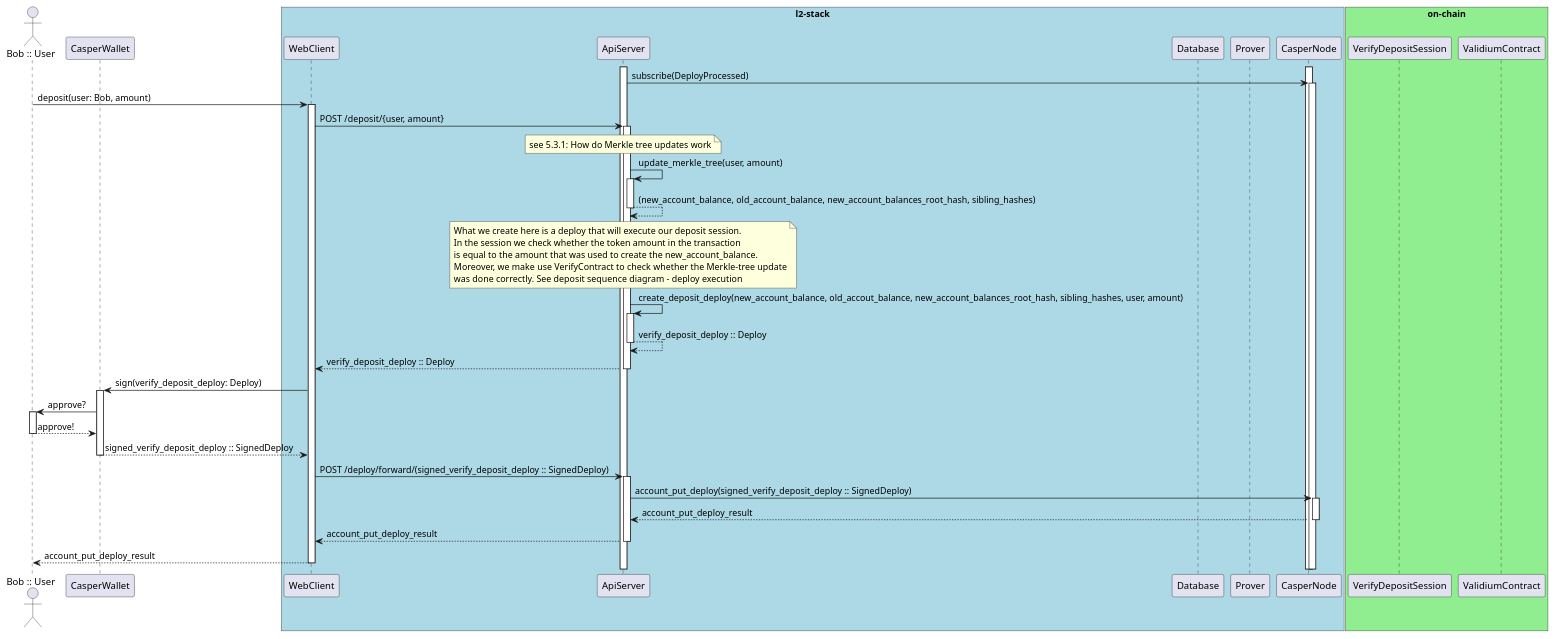
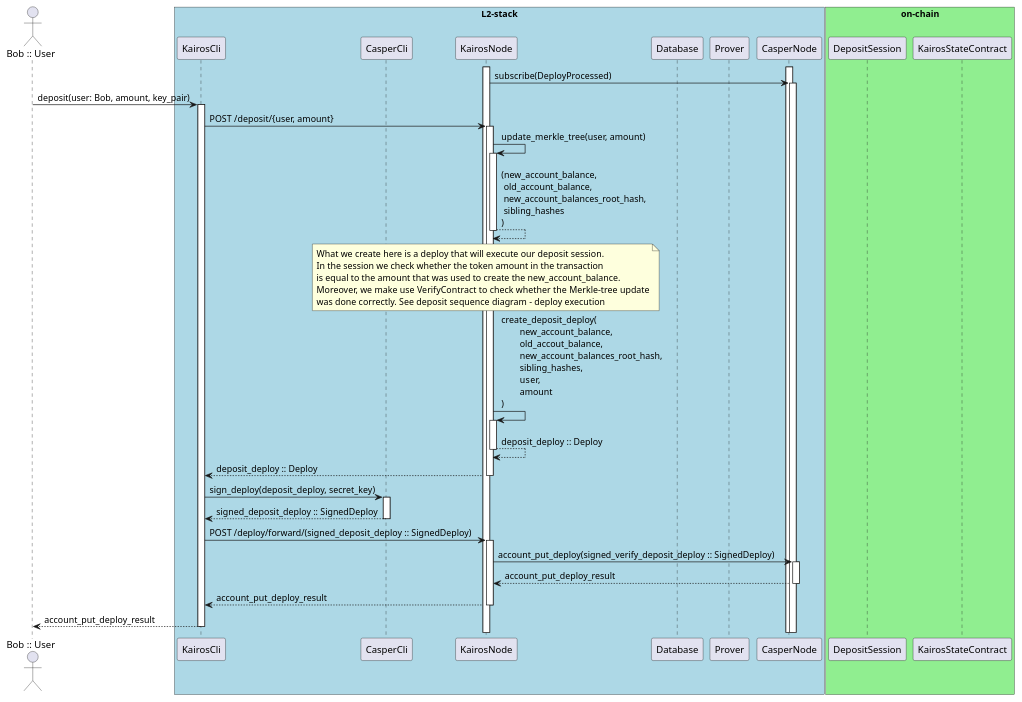
Before and after one commit to cspr-rad/kairos-spec: the diagram in diagrams/deposit_sequence_diagram_client_submit.puml, drawn with PlantUML. The commit also changed 3 other files, not shown here.

Commit message:
diagrams: update deposit diagrams + explanation

```diff
--- a/diagrams/deposit_sequence_diagram_client_submit.puml
+++ b/diagrams/deposit_sequence_diagram_client_submit.puml
@@ -1,49 +1,45 @@
 @startuml
 autoactivate on
 actor "Bob :: User" as Bob
-participant CasperWallet
-box "l2-stack" #LightBlue
-participant WebClient
-participant ApiServer
+box "L2-stack" #LightBlue
+participant KairosCli
+participant CasperCli
+participant KairosNode
 participant Database
 participant Prover
 participant CasperNode
 end box
 box "on-chain" #LightGreen
-participant VerifyDepositSession
-participant ValidiumContract
+participant DepositSession
+participant KairosStateContract
 end box
 
 activate CasperNode
-activate ApiServer
+activate KairosNode
 
-ApiServer -> CasperNode: subscribe(DeployProcessed)
-Bob -> WebClient: deposit(user: Bob, amount)
-WebClient -> ApiServer: POST /deposit/{user, amount}
+KairosNode -> CasperNode: subscribe(DeployProcessed)
+Bob -> KairosCli: deposit(user: Bob, amount, key_pair)
+KairosCli -> KairosNode: POST /deposit/{user, amount}
 
-note over ApiServer, ApiServer
-see 5.3.1: How do Merkle tree updates work
-end note
-ApiServer -> ApiServer: update_merkle_tree(user, amount)
-ApiServer --> ApiServer: (new_account_balance, old_account_balance, new_account_balances_root_hash, sibling_hashes)
-note over ApiServer, ApiServer
+KairosNode -> KairosNode: update_merkle_tree(user, amount)
+KairosNode --> KairosNode: (new_account_balance,\n old_account_balance,\n new_account_balances_root_hash,\n sibling_hashes\n)
+note over KairosNode, KairosNode
 What we create here is a deploy that will execute our deposit session.
 In the session we check whether the token amount in the transaction
 is equal to the amount that was used to create the new_account_balance.
 Moreover, we make use VerifyContract to check whether the Merkle-tree update
 was done correctly. See deposit sequence diagram - deploy execution
 end note
-ApiServer -> ApiServer: create_deposit_deploy(new_account_balance, old_accout_balance, new_account_balances_root_hash, sibling_hashes, user, amount)
-ApiServer --> ApiServer: verify_deposit_deploy :: Deploy
-ApiServer --> WebClient: verify_deposit_deploy :: Deploy
-WebClient -> CasperWallet: sign(verify_deposit_deploy: Deploy)
-CasperWallet -> Bob: approve?
-Bob --> CasperWallet: approve!
-CasperWallet --> WebClient: signed_verify_deposit_deploy :: SignedDeploy
-WebClient -> ApiServer: POST /deploy/forward/(signed_verify_deposit_deploy :: SignedDeploy)
-ApiServer -> CasperNode: account_put_deploy(signed_verify_deposit_deploy :: SignedDeploy)
-CasperNode --> ApiServer: account_put_deploy_result
-ApiServer --> WebClient: account_put_deploy_result
-WebClient --> Bob: account_put_deploy_result
+KairosNode -> KairosNode: create_deposit_deploy(\n\tnew_account_balance,\n\told_accout_balance,\n\tnew_account_balances_root_hash,\n\tsibling_hashes,\n\tuser,\n\tamount\n)
+KairosNode --> KairosNode: deposit_deploy :: Deploy
+KairosNode --> KairosCli: deposit_deploy :: Deploy
 
+KairosCli -> CasperCli: sign_deploy(deposit_deploy, secret_key)
+CasperCli --> KairosCli: signed_deposit_deploy :: SignedDeploy
+
+KairosCli -> KairosNode: POST /deploy/forward/(signed_deposit_deploy :: SignedDeploy)
+KairosNode -> CasperNode: account_put_deploy(signed_verify_deposit_deploy :: SignedDeploy)
+CasperNode --> KairosNode: account_put_deploy_result
+KairosNode --> KairosCli: account_put_deploy_result
+KairosCli --> Bob: account_put_deploy_result
 @enduml
```
